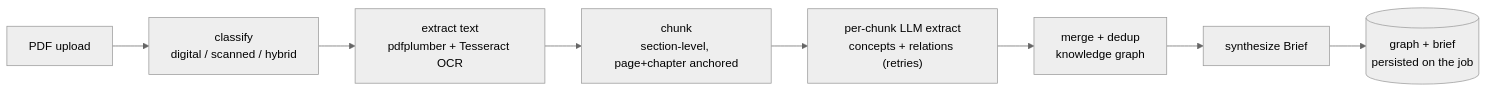
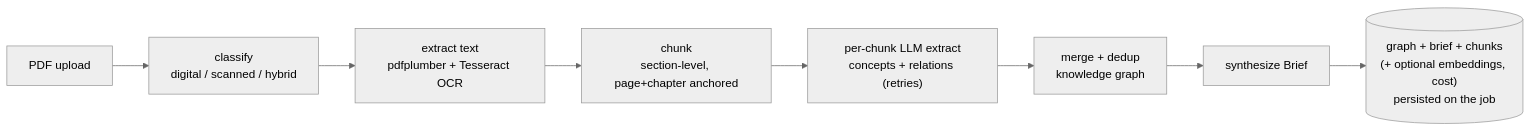
One commit to thuansystemit/knowledge_book changed the second of 4 diagrams in README.md. Above: the diagram before and after it, drawn with Mermaid (neutral theme). The commit also changed other lines of this file, not shown here.

First line of the commit message:
docs: update README for monetization, cost/activation, retrieval-chat + deployment

````diff
--- a/README.md
+++ b/README.md
@@ -65,10 +69,10 @@
 ```mermaid
 flowchart LR
     PDF["PDF upload"] --> C["classify<br/>digital / scanned / hybrid"]
     C --> T["extract text<br/>pdfplumber + Tesseract OCR"]
     T --> K["chunk<br/>section-level, page+chapter anchored"]
     K --> E["per-chunk LLM extract<br/>concepts + relations (retries)"]
     E --> M["merge + dedup<br/>knowledge graph"]
     M --> B["synthesize Brief"]
-    B --> G[("graph + brief<br/>persisted on the job")]
+    B --> G[("graph + brief + chunks<br/>(+ optional embeddings, cost)<br/>persisted on the job")]
 ```
````
